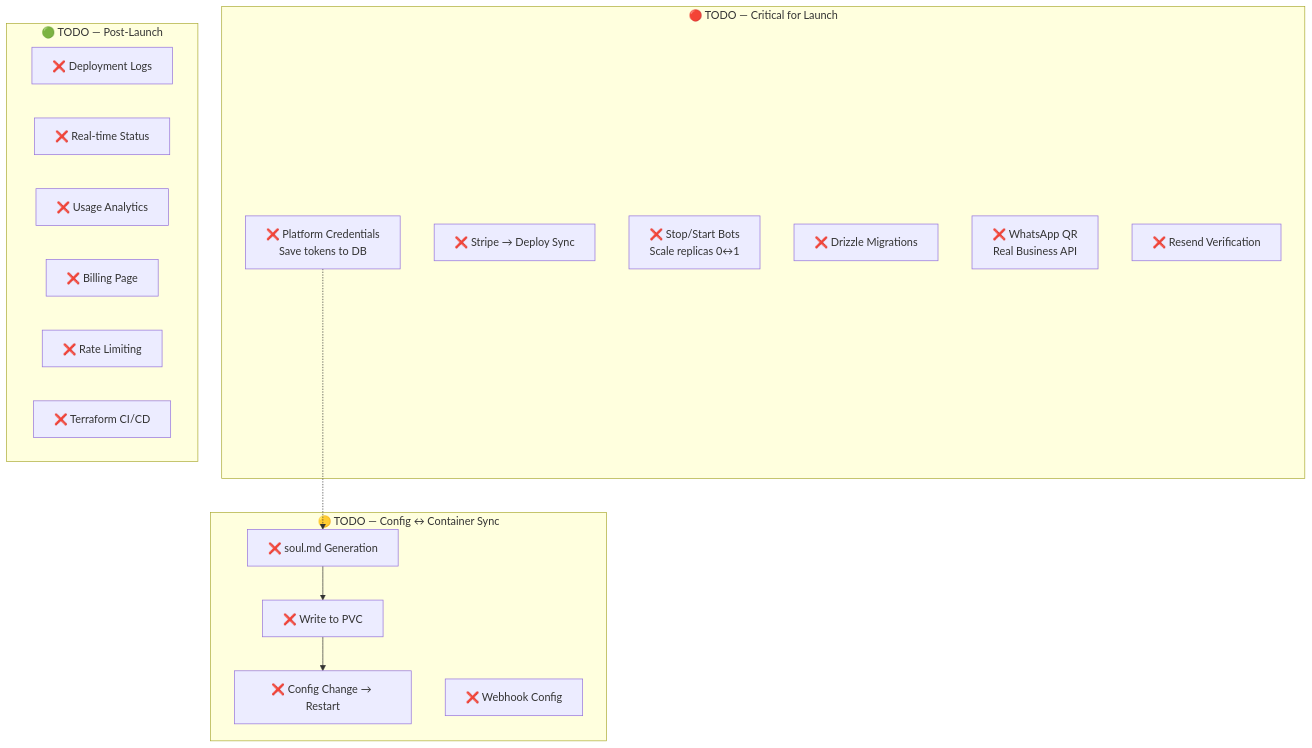
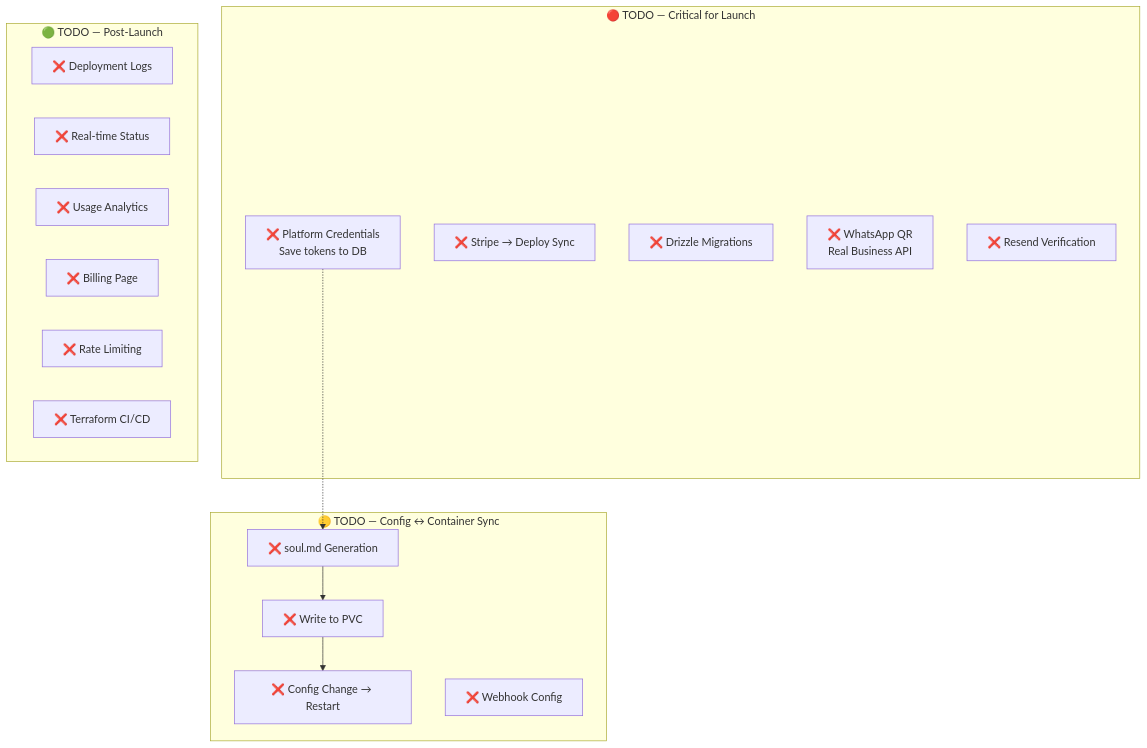
Before and after one commit to Bretthb/jarble: diagram 13 of 15 in OVERVIEW.md, drawn with Mermaid. The commit also changed other lines of this file, not shown here.

First line of the commit message:
Update OVERVIEW.md with stop/start/restart docs and progress tracking

````diff
--- a/OVERVIEW.md
+++ b/OVERVIEW.md
@@ -814,30 +820,29 @@
 ```mermaid
 flowchart TB
     subgraph TODO_CRITICAL["🔴 TODO — Critical for Launch"]
         PLATCREDS["❌ Platform Credentials\nSave tokens to DB"]
         STRIPESYNC["❌ Stripe → Deploy Sync"]
-        STOPSTART["❌ Stop/Start Bots\nScale replicas 0↔1"]
         MIGRATIONS["❌ Drizzle Migrations"]
         WHATSAPP["❌ WhatsApp QR\nReal Business API"]
         EMAILRESEND["❌ Resend Verification"]
     end
 
     subgraph TODO_SYNC["🟡 TODO — Config ↔ Container Sync"]
         SOULMD["❌ soul.md Generation"]
         PVCWRITE["❌ Write to PVC"]
         CONFIGSYNC["❌ Config Change → Restart"]
         WEBHOOKURL["❌ Webhook Config"]
     end
 
     subgraph TODO_POST["🟢 TODO — Post-Launch"]
         LOGS["❌ Deployment Logs"]
         REALTIME["❌ Real-time Status"]
         ANALYTICS["❌ Usage Analytics"]
         BILLING["❌ Billing Page"]
         RATELIMIT["❌ Rate Limiting"]
         TFCICD["❌ Terraform CI/CD"]
     end
 
     SOULMD --> PVCWRITE --> CONFIGSYNC
     PLATCREDS -.-> SOULMD
 ```
````
